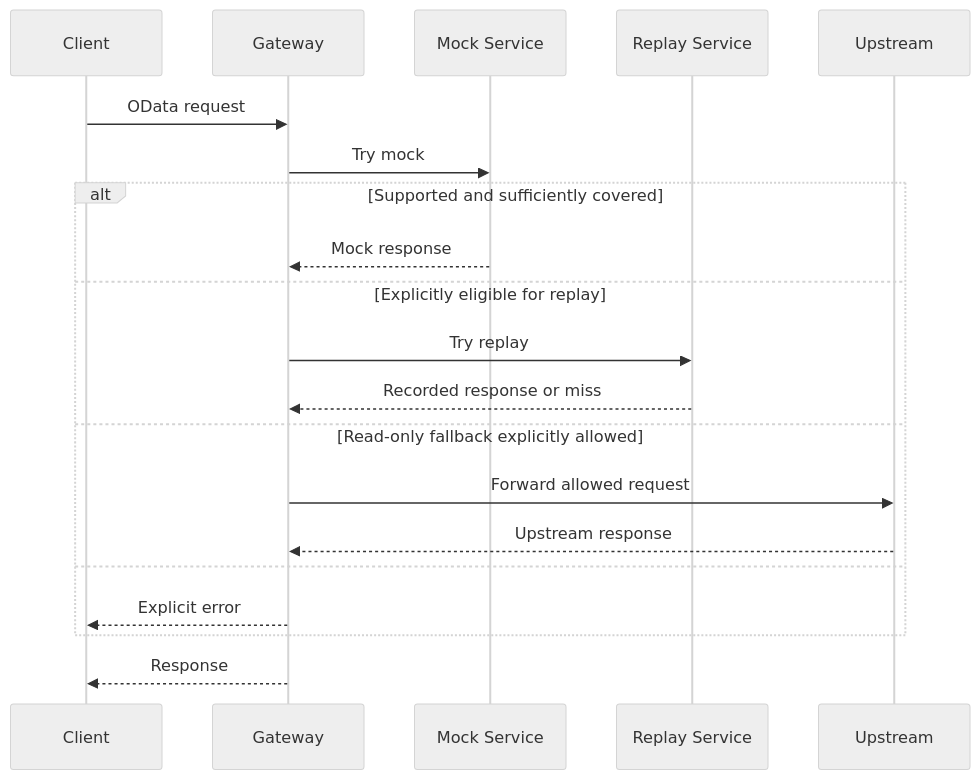
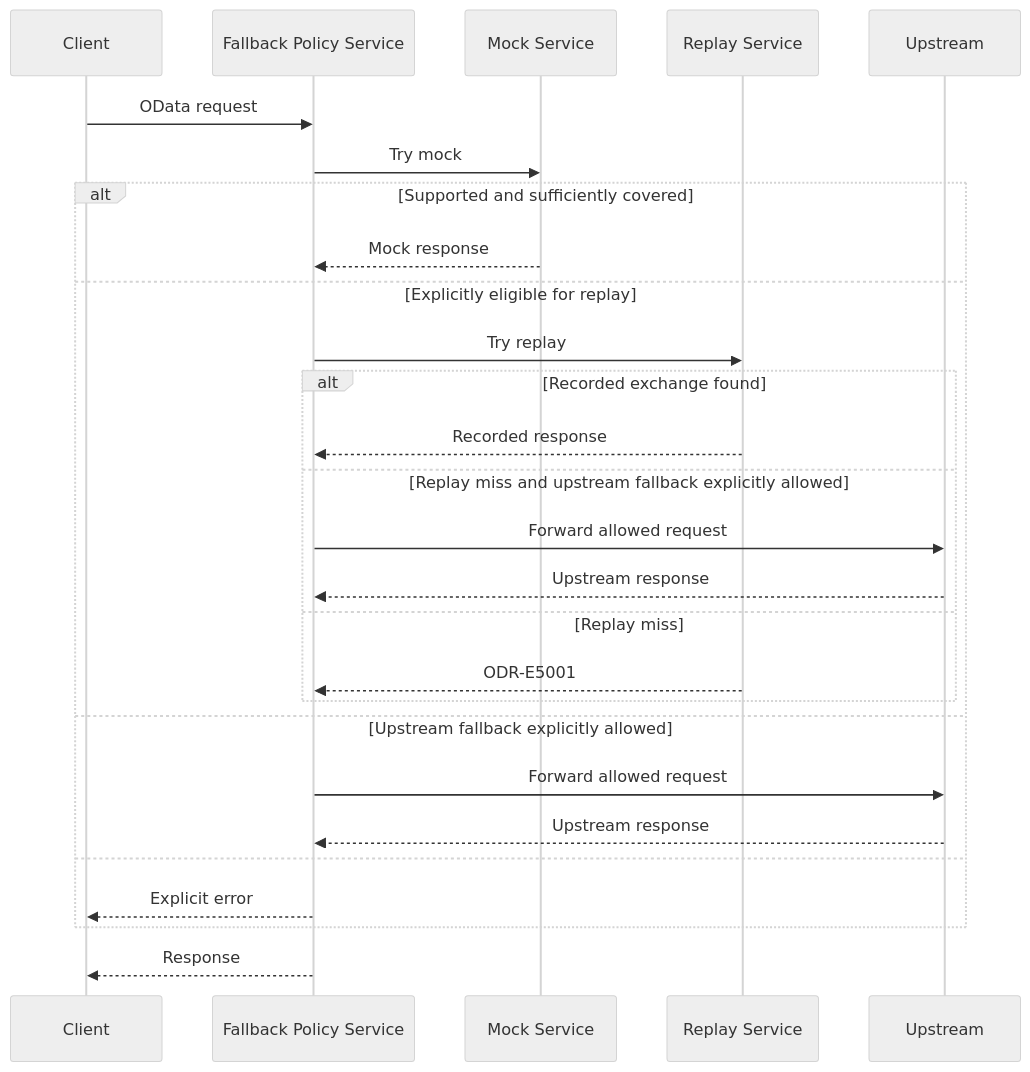
One commit to pt9912/odata-recorder changed the eighth of 10 diagrams in spec/architecture.md. Above: the diagram before and after it, drawn with Mermaid (neutral theme). The commit also changed other lines of this file and 8 other files, not shown here.

````diff
--- a/spec/architecture.md
+++ b/spec/architecture.md
@@ -320,22 +348,29 @@
 ```mermaid
 sequenceDiagram
     participant C as Client
-    participant G as Gateway
+    participant G as Fallback Policy Service
     participant M as Mock Service
     participant R as Replay Service
     participant U as Upstream
     C->>G: OData request
     G->>M: Try mock
     alt Supported and sufficiently covered
       M-->>G: Mock response
     else Explicitly eligible for replay
       G->>R: Try replay
-      R-->>G: Recorded response or miss
-    else Read-only fallback explicitly allowed
+      alt Recorded exchange found
+        R-->>G: Recorded response
+      else Replay miss and upstream fallback explicitly allowed
+        G->>U: Forward allowed request
+        U-->>G: Upstream response
+      else Replay miss
+        R-->>G: ODR-E5001
+      end
+    else Upstream fallback explicitly allowed
       G->>U: Forward allowed request
       U-->>G: Upstream response
     else
       G-->>C: Explicit error
     end
     G-->>C: Response
 ```
````
